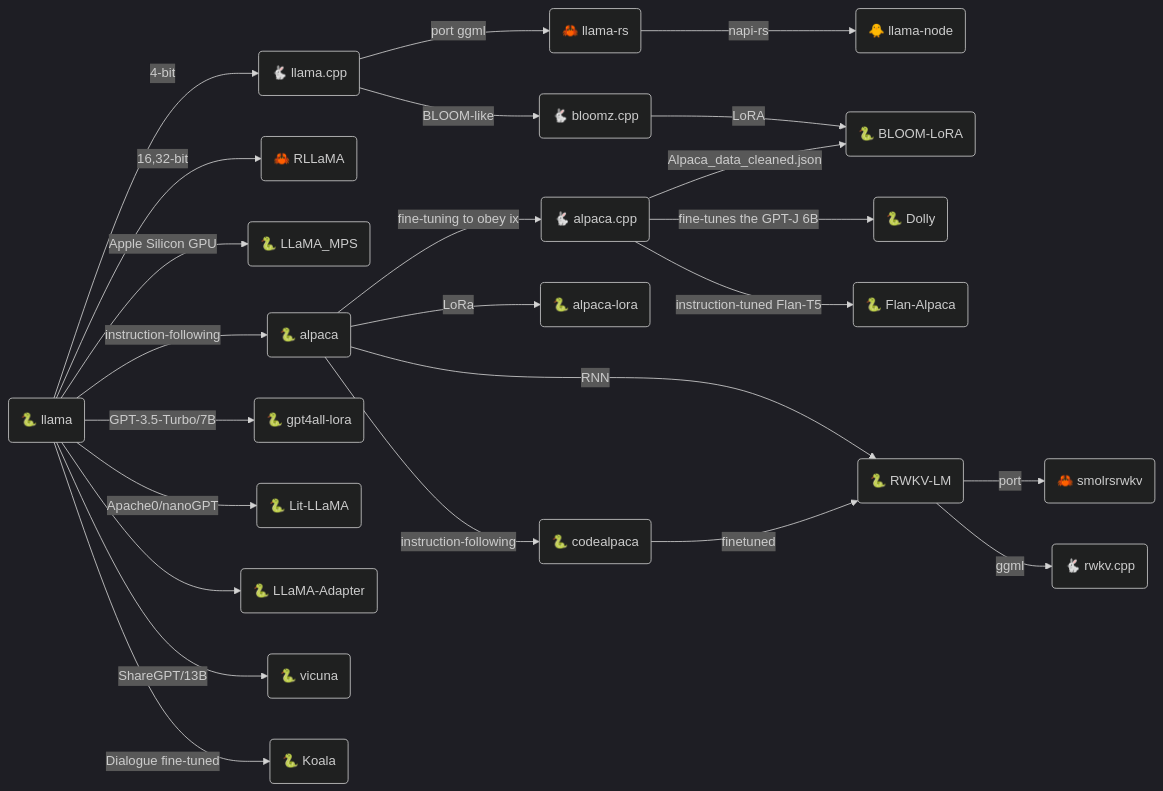
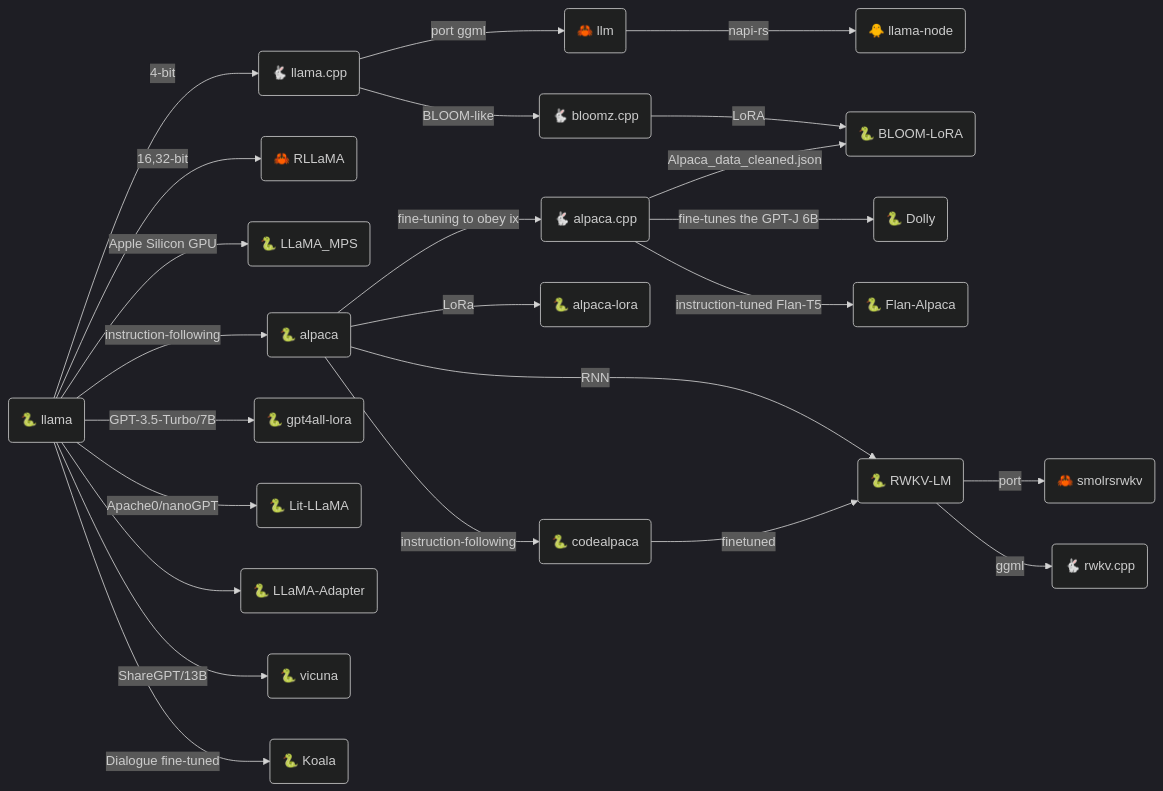
The second of 4 diagrams in src/ml/llama.md (gist-rs/book), drawn with Mermaid (dark theme) before and after one commit. The commit also changed other lines of this file, not shown here.

Commit message:
fix: renamed to llm

````diff
--- a/src/ml/llama.md
+++ b/src/ml/llama.md
@@ -35,25 +33,25 @@
 ```mermaid
 graph LR;
 A("🐍 llama") --"4-bit"--> B("🐇 llama.cpp")
-B --port ggml--> C("🦀 llama-rs")
+B --port ggml--> C("🦀 llm")
 A --"16,32-bit"--> CC("🦀 RLLaMA")
 A --Apple Silicon GPU--> AA("🐍 LLaMA_MPS")
 C --"napi-rs"--> I("🐥 llama-node")
 E --"fine-tuning to obey ix"--> D("🐇 alpaca.cpp")
 E --instruction-following--> H("🐍 codealpaca")
 A --instruction-following--> E("🐍 alpaca") --LoRa--> F("🐍 alpaca-lora")
 B --BLOOM-like--> BB("🐇 bloomz.cpp")
 BB --LoRA--> DDDD("🐍 BLOOM-LoRA")
 D --"fine-tunes the GPT-J 6B"--> DD("🐍 Dolly")
 D --"instruction-tuned Flan-T5"--> DDD("🐍 Flan-Alpaca")
 D --Alpaca_data_cleaned.json--> DDDD
 E --RNN--> EE("🐍 RWKV-LM")
 EE("🐍 RWKV-LM") --port--> EEE("🦀 smolrsrwkv")
 H --finetuned--> EE
 EE --ggml--> EEEE("🐇 rwkv.cpp")
 A --"GPT-3.5-Turbo/7B"--> FF("🐍 gpt4all-lora")
 A --"Apache0/nanoGPT"--> AAAA("🐍 Lit-LLaMA")
 A --> AAA("🐍 LLaMA-Adapter")
 A --ShareGPT/13B--> AAAAA("🐍 vicuna")
 A --Dialogue fine-tuned--> AAAAAA("🐍 Koala")
 ```
````
